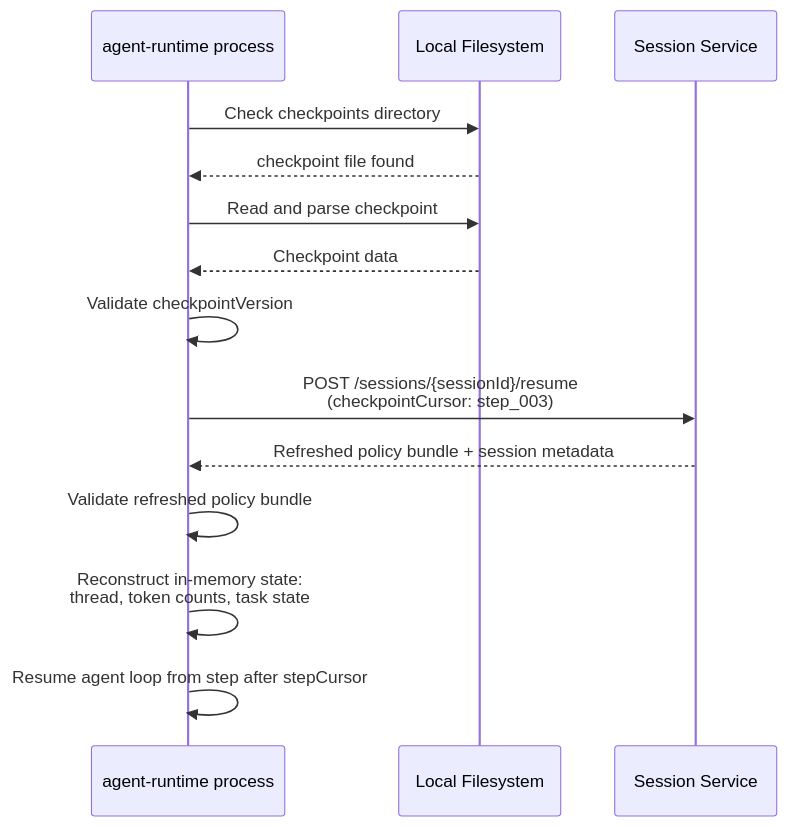
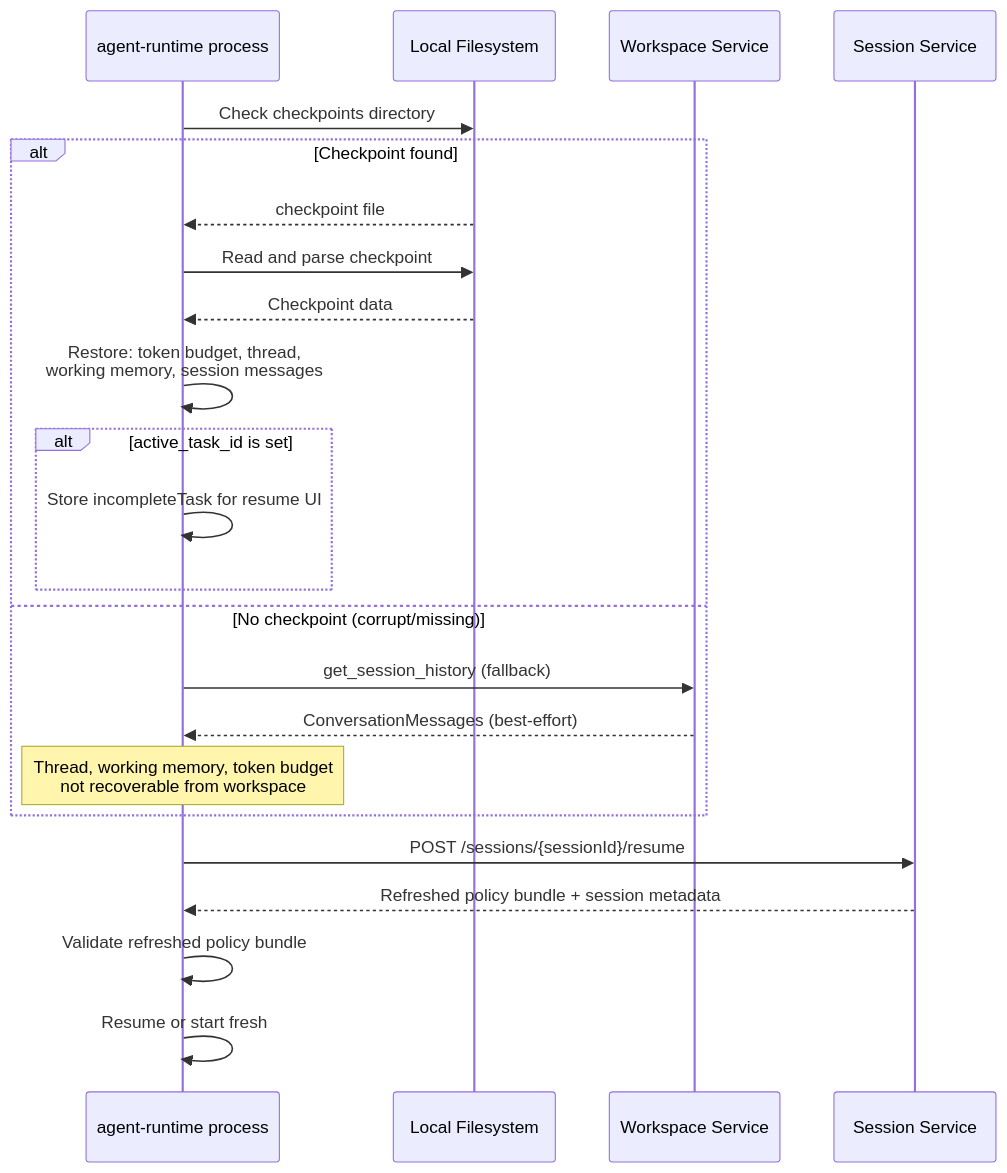
Before and after one commit to suman724/cowork-infra: the sixth of 6 diagrams in docs/components/local-agent-host.md, drawn with Mermaid. The commit also changed other lines of this file, not shown here.

First line of the commit message:
docs: add persistent memory section to local-agent-host (#13)

````diff
--- a/docs/components/local-agent-host.md
+++ b/docs/components/local-agent-host.md
@@ -1029,17 +1080,27 @@
 ```mermaid
 sequenceDiagram
   participant Process as agent-runtime process
   participant FS as Local Filesystem
+  participant WS as Workspace Service
   participant SS as Session Service
 
   Process->>FS: Check checkpoints directory
-  FS-->>Process: checkpoint file found
-  Process->>FS: Read and parse checkpoint
-  FS-->>Process: Checkpoint data
-  Process->>Process: Validate checkpointVersion
-  Process->>SS: POST /sessions/{sessionId}/resume<br/>(checkpointCursor: step_003)
+  alt Checkpoint found
+    FS-->>Process: checkpoint file
+    Process->>FS: Read and parse checkpoint
+    FS-->>Process: Checkpoint data
+    Process->>Process: Restore: token budget, thread,<br/>working memory, session messages
+    alt active_task_id is set
+      Process->>Process: Store incompleteTask for resume UI
+    end
+  else No checkpoint (corrupt/missing)
+    Process->>WS: get_session_history (fallback)
+    WS-->>Process: ConversationMessages (best-effort)
+    Note over Process: Thread, working memory, token budget<br/>not recoverable from workspace
+  end
+
+  Process->>SS: POST /sessions/{sessionId}/resume
   SS-->>Process: Refreshed policy bundle + session metadata
   Process->>Process: Validate refreshed policy bundle
-  Process->>Process: Reconstruct in-memory state:<br/>thread, token counts, task state
-  Process->>Process: Resume agent loop from step after stepCursor
+  Process->>Process: Resume or start fresh
 ```
````
